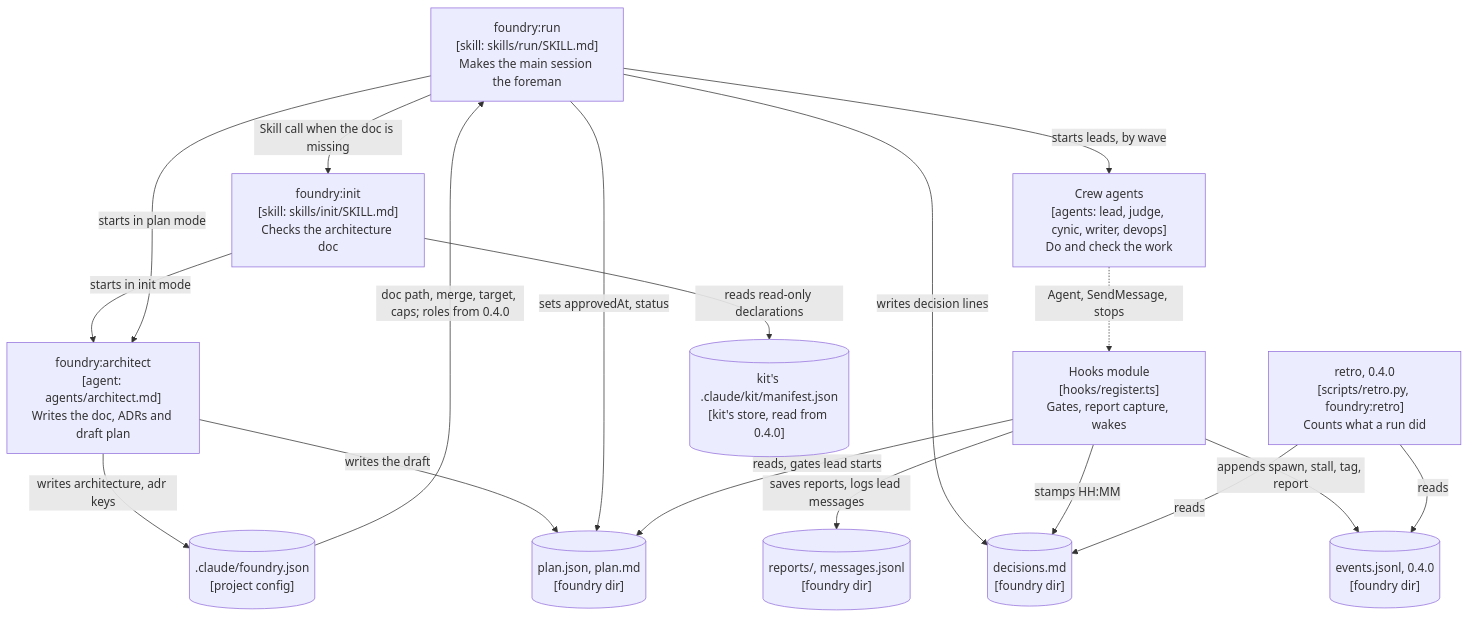
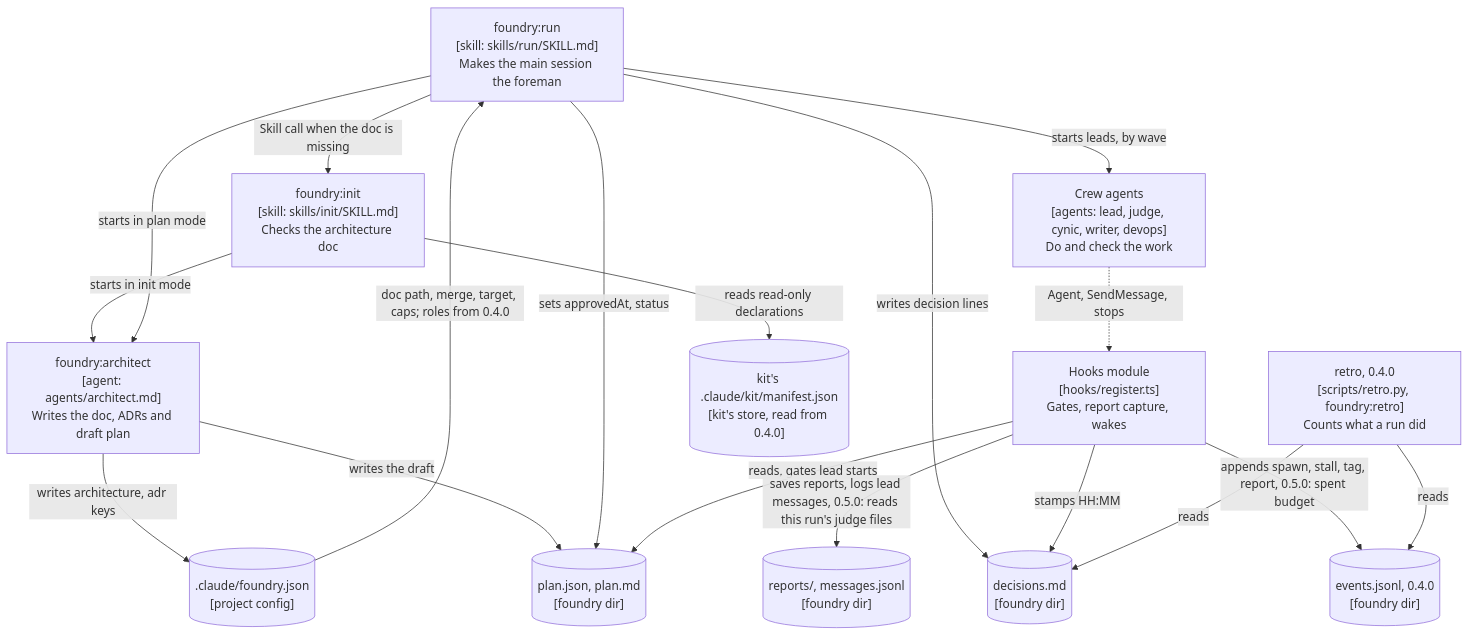
One commit to AbhiramDwivedi/truss changed the first of 6 diagrams in docs/architecture.md. Above: the diagram before and after it, drawn with Mermaid. The commit also changed other lines of this file and 1 other file, not shown here.

First line of the commit message:
docs(foundry): ADR-0004 scope, repair budget and head gates; architecture doc for 0.5.0

````diff
--- a/docs/architecture.md
+++ b/docs/architecture.md
@@ -13,33 +15,33 @@
 ```mermaid
 flowchart TB
   run["foundry:run<br/>[skill: skills/run/SKILL.md]<br/>Makes the main session the foreman"]
   init["foundry:init<br/>[skill: skills/init/SKILL.md]<br/>Checks the architecture doc"]
   arch["foundry:architect<br/>[agent: agents/architect.md]<br/>Writes the doc, ADRs and draft plan"]
   crew["Crew agents<br/>[agents: lead, judge, cynic, writer, devops]<br/>Do and check the work"]
   hooks["Hooks module<br/>[hooks/register.ts]<br/>Gates, report capture, wakes"]
   retro["retro, 0.4.0<br/>[scripts/retro.py, foundry:retro]<br/>Counts what a run did"]
   fjson[(".claude/foundry.json<br/>[project config]")]
   kitman[("kit's .claude/kit/manifest.json<br/>[kit's store, read from 0.4.0]")]
   plan[("plan.json, plan.md<br/>[foundry dir]")]
   dec[("decisions.md<br/>[foundry dir]")]
   events[("events.jsonl, 0.4.0<br/>[foundry dir]")]
   reports[("reports/, messages.jsonl<br/>[foundry dir]")]
 
   run -->|"Skill call when the doc is missing"| init
   init -->|"reads read-only declarations"| kitman
   init -->|"starts in init mode"| arch
   arch -->|"writes architecture, adr keys"| fjson
   fjson -->|"doc path, merge, target, caps; roles from 0.4.0"| run
   run -->|"starts in plan mode"| arch
   arch -->|"writes the draft"| plan
   run -->|"sets approvedAt, status"| plan
   run -->|"starts leads, by wave"| crew
   run -->|"writes decision lines"| dec
   crew -.->|"Agent, SendMessage, stops"| hooks
   hooks -->|"reads, gates lead starts"| plan
-  hooks -->|"saves reports, logs lead messages"| reports
+  hooks -->|"saves reports, logs lead messages, 0.5.0: reads this run's judge files"| reports
   hooks -->|"stamps HH:MM"| dec
-  hooks -->|"appends spawn, stall, tag, report"| events
+  hooks -->|"appends spawn, stall, tag, report, 0.5.0: spent budget"| events
   retro -->|"reads"| events
   retro -->|"reads"| dec
 ```
````
